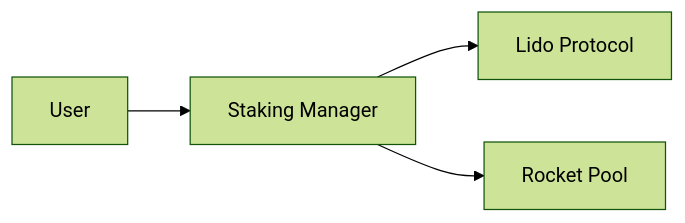
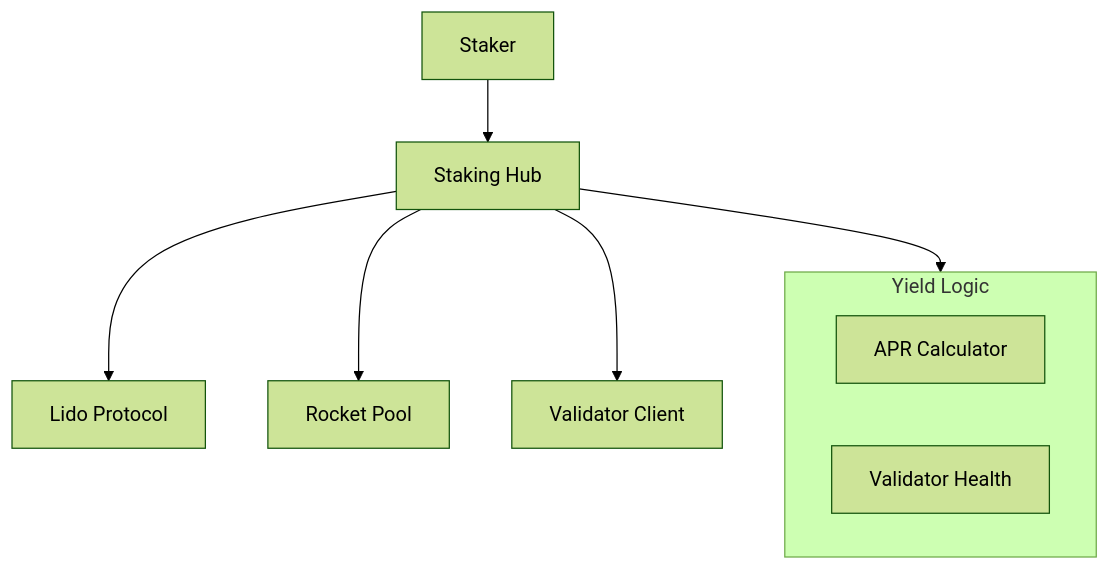
Before and after one commit to ImL1s/dart_web3: the diagram in dart_web3/packages/staking/README.md, drawn with Mermaid (forest theme). The commit also changed other lines of this file and 31 other files, not shown here.

````diff
--- a/dart_web3/packages/staking/README.md
+++ b/dart_web3/packages/staking/README.md
@@ -14,6 +17,14 @@
 ```mermaid
-graph LR
-    User[User] --> Staking[Staking Manager]
-    Staking --> Lido[Lido Protocol]
-    Staking --> RocketPool[Rocket Pool]
+graph TD
+    User[Staker] --> Hub[Staking Hub]
+    Hub --> Lido[Lido Protocol]
+    Hub --> RP[Rocket Pool]
+    Hub --> Native[Validator Client]
+    
+    subgraph Analytics [Yield Logic]
+        APR[APR Calculator]
+        Uptime[Validator Health]
+    end
+    
+    Hub --> Analytics
 ```
````
